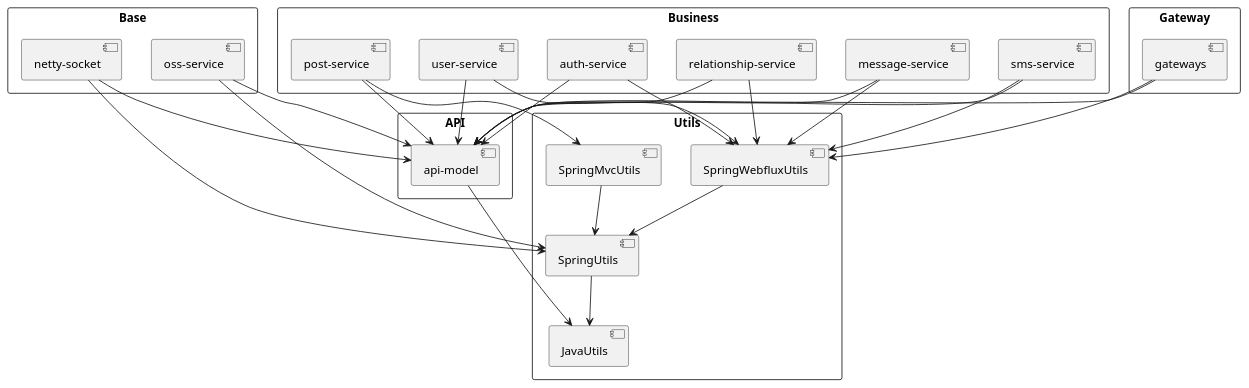
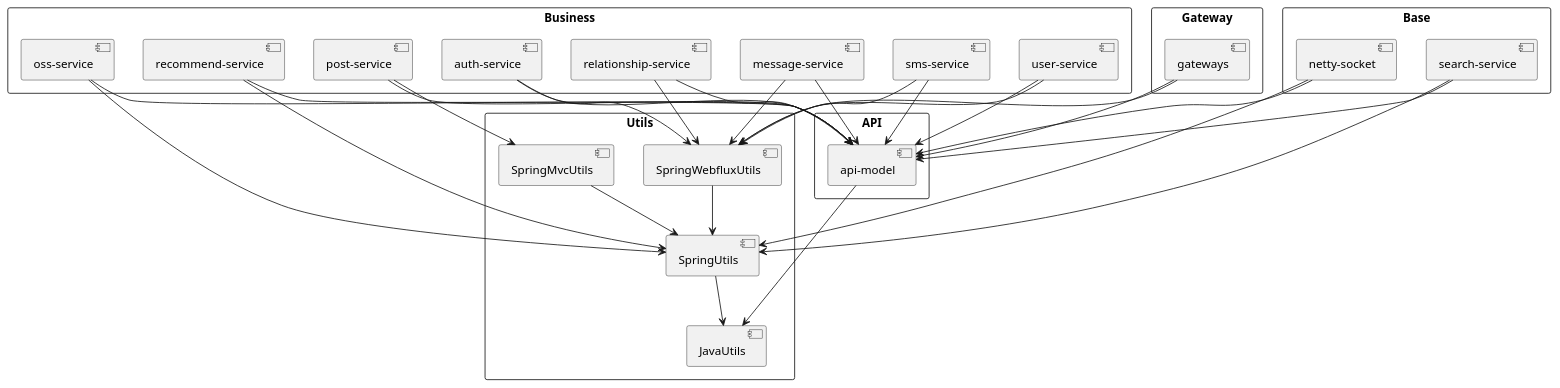
One commit to nangong918/SmartMedicine-App changed the diagram in spring-server/docs/maven依赖树.puml. Above: the diagram before and after it, drawn with PlantUML. The commit also changed 21 other files, not shown here.

Commit message:
refactor(项目结构):调整模块位置并更新依赖- 将 oss-service 模块从 base 移到 business - 更新相关 pom.xml 文件中的模块引用和依赖 - 修改 application.yml 文件中的服务订阅配置 - 更新测试点文档和依赖树图

```diff
--- a/spring-server/docs/maven依赖树.puml
+++ b/spring-server/docs/maven依赖树.puml
@@ -1,63 +1,71 @@
 @startuml
 skinparam packageStyle rectangle
 
 package "Utils" {
     [JavaUtils]
     [SpringUtils]
     [SpringMvcUtils]
     [SpringWebfluxUtils]
 
     [SpringUtils] --> [JavaUtils]
     [SpringMvcUtils] --> [SpringUtils]
     [SpringWebfluxUtils] --> [SpringUtils]
 }
 
 package "API" {
     [api-model]
     [api-model] --> [JavaUtils]
 }
 
 package "Gateway" {
     [gateways]
     [gateways] --> [SpringWebfluxUtils]
     [gateways] --> [api-model]
 }
 
 package "Base" {
     [netty-socket]
-    [oss-service]
+    [search-service]
 
     [netty-socket] --> [SpringUtils]
     [netty-socket] --> [api-model]
-    [oss-service] --> [SpringUtils]
-    [oss-service] --> [api-model]
+    [search-service] --> [SpringUtils]
+    [search-service] --> [api-model]
 }
 
 package "Business" {
     [auth-service]
     [user-service]
     [sms-service]
     [message-service]
     [relationship-service]
     [post-service]
+    [oss-service]
+    [recommend-service]
 
     [auth-service] --> [SpringWebfluxUtils]
     [auth-service] --> [api-model]
 
     [user-service] --> [SpringWebfluxUtils]
     [user-service] --> [api-model]
 
     [sms-service] --> [SpringWebfluxUtils]
     [sms-service] --> [api-model]
 
     [message-service] --> [SpringWebfluxUtils]
     [message-service] --> [api-model]
 
     [relationship-service] --> [SpringWebfluxUtils]
     [relationship-service] --> [api-model]
 
     [post-service] --> [SpringMvcUtils]
     [post-service] --> [api-model]
+
+    [oss-service] --> [SpringUtils]
+    [oss-service] --> [api-model]
+
+    [recommend-service] --> [SpringUtils]
+    [recommend-service] --> [api-model]
 }
 
 @enduml
```
